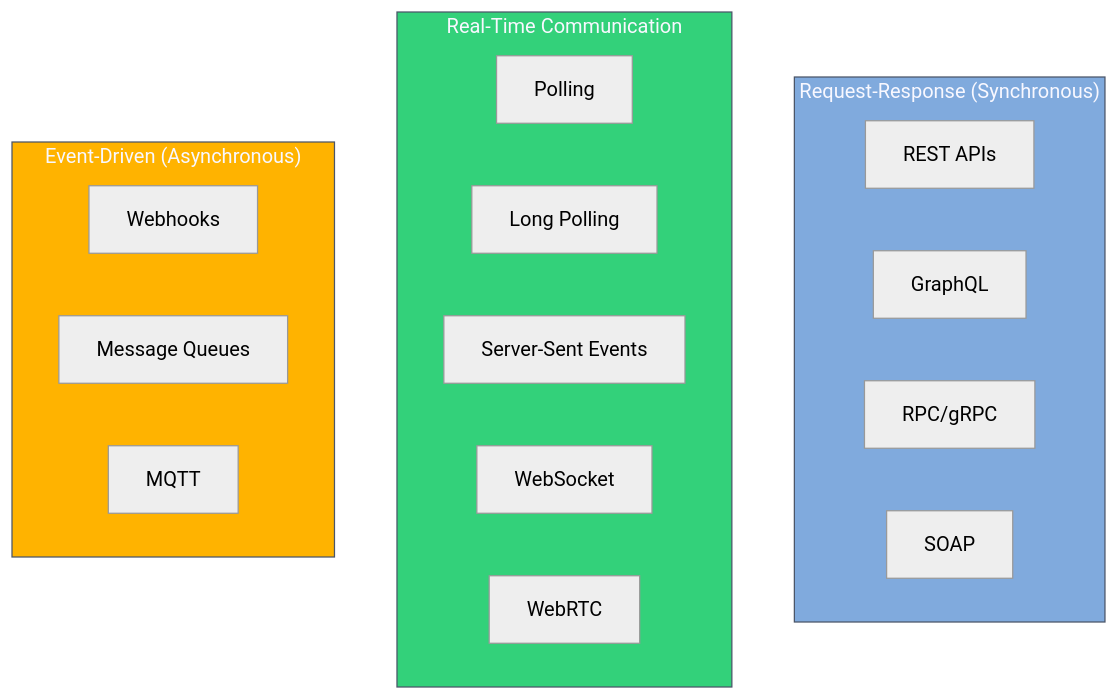
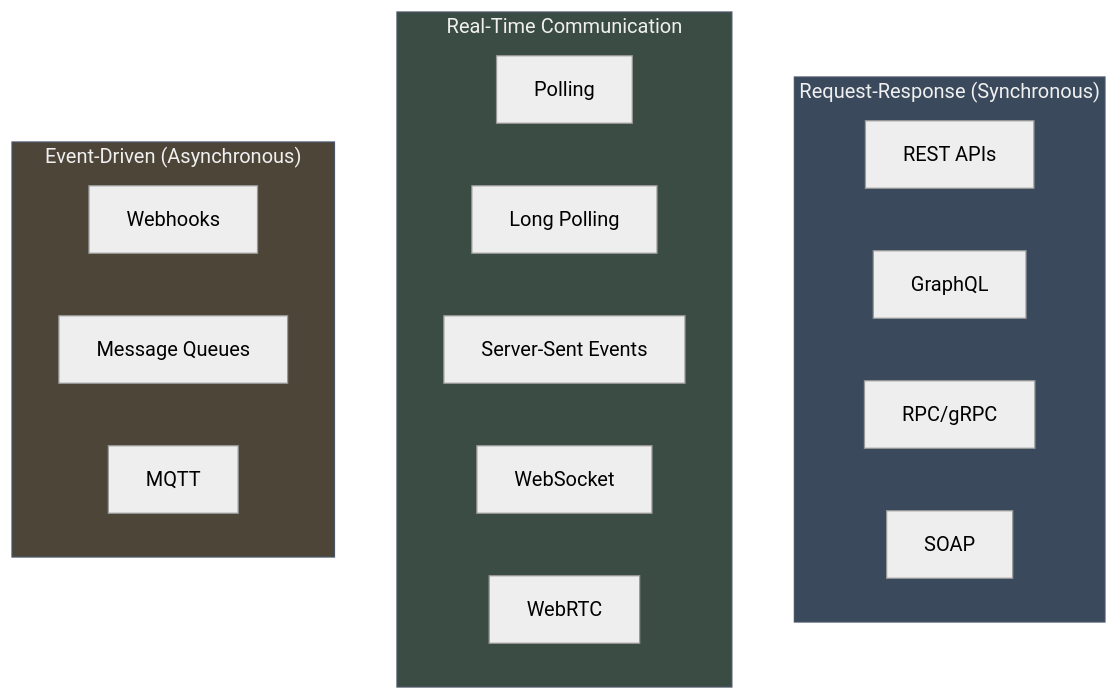
The second of 24 diagrams in content/posts/api-communication-patterns-guide.md (blackwell-systems/blog), drawn with Mermaid (neutral theme) before and after one commit. The commit also changed other lines of this file and 4 other files, not shown here.

```diff
--- a/content/posts/api-communication-patterns-guide.md
+++ b/content/posts/api-communication-patterns-guide.md
@@ -52,27 +52,27 @@
 {{< mermaid >}}
 flowchart TB
     subgraph sync["Request-Response (Synchronous)"]
         rest[REST APIs]
         graphql[GraphQL]
         rpc[RPC/gRPC]
         soap[SOAP]
     end
 
     subgraph realtime["Real-Time Communication"]
         polling[Polling]
         longpoll[Long Polling]
         sse[Server-Sent Events]
         ws[WebSocket]
         webrtc[WebRTC]
     end
 
     subgraph async["Event-Driven (Asynchronous)"]
         webhook[Webhooks]
         mq[Message Queues]
         mqtt[MQTT]
     end
 
-    style sync fill:#80AADD,stroke:#4a5568,color:#f8f8ff
-    style realtime fill:#33D17A,stroke:#4a5568,color:#f8f8ff
-    style async fill:#FFB300,stroke:#4a5568,color:#f8f8ff
+    style sync fill:#3A4A5C,stroke:#4a5568,color:#f0f0f0
+    style realtime fill:#3A4C43,stroke:#4a5568,color:#f0f0f0
+    style async fill:#4C4538,stroke:#4a5568,color:#f0f0f0
 {{< /mermaid >}}
```
